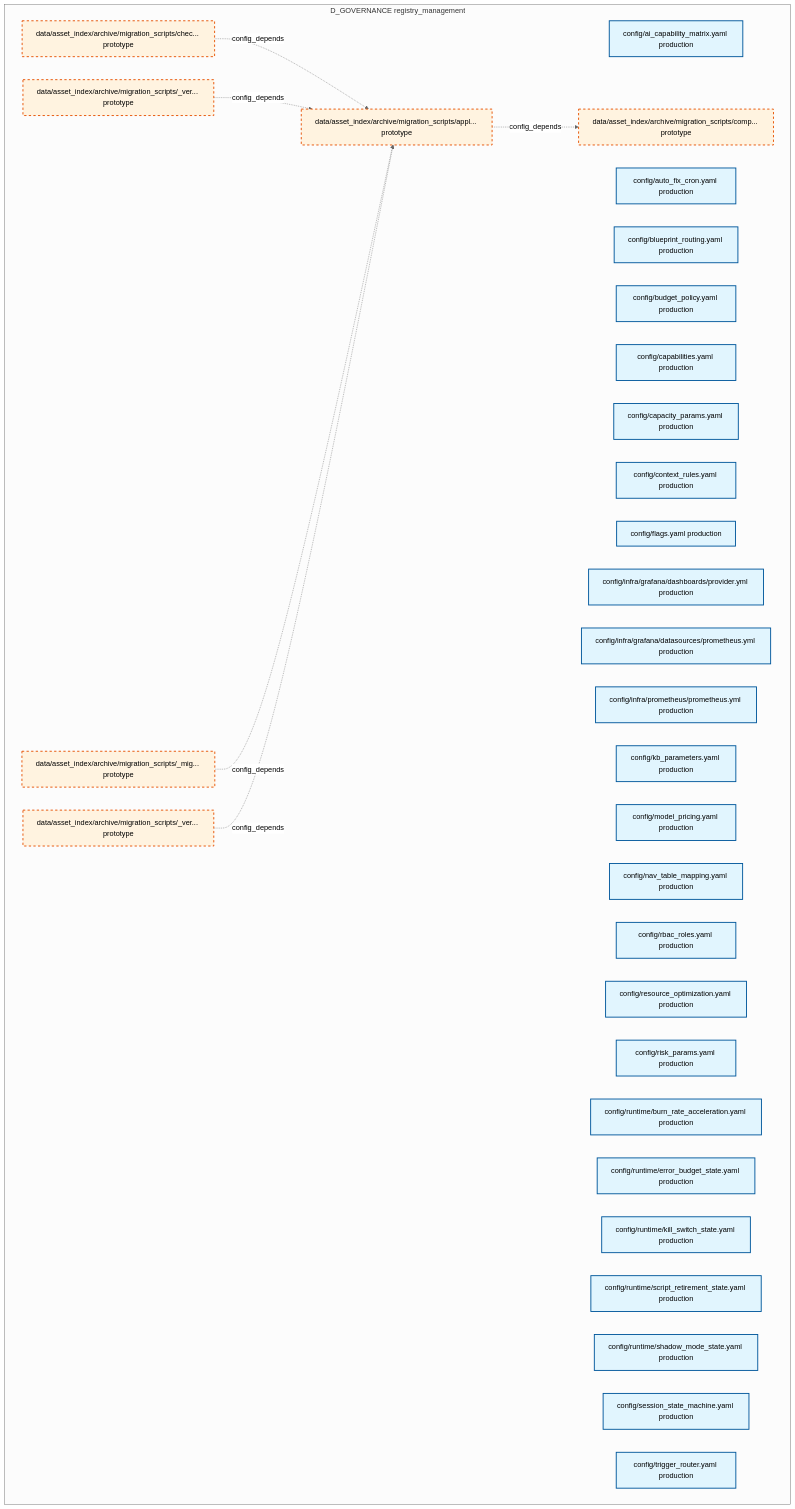
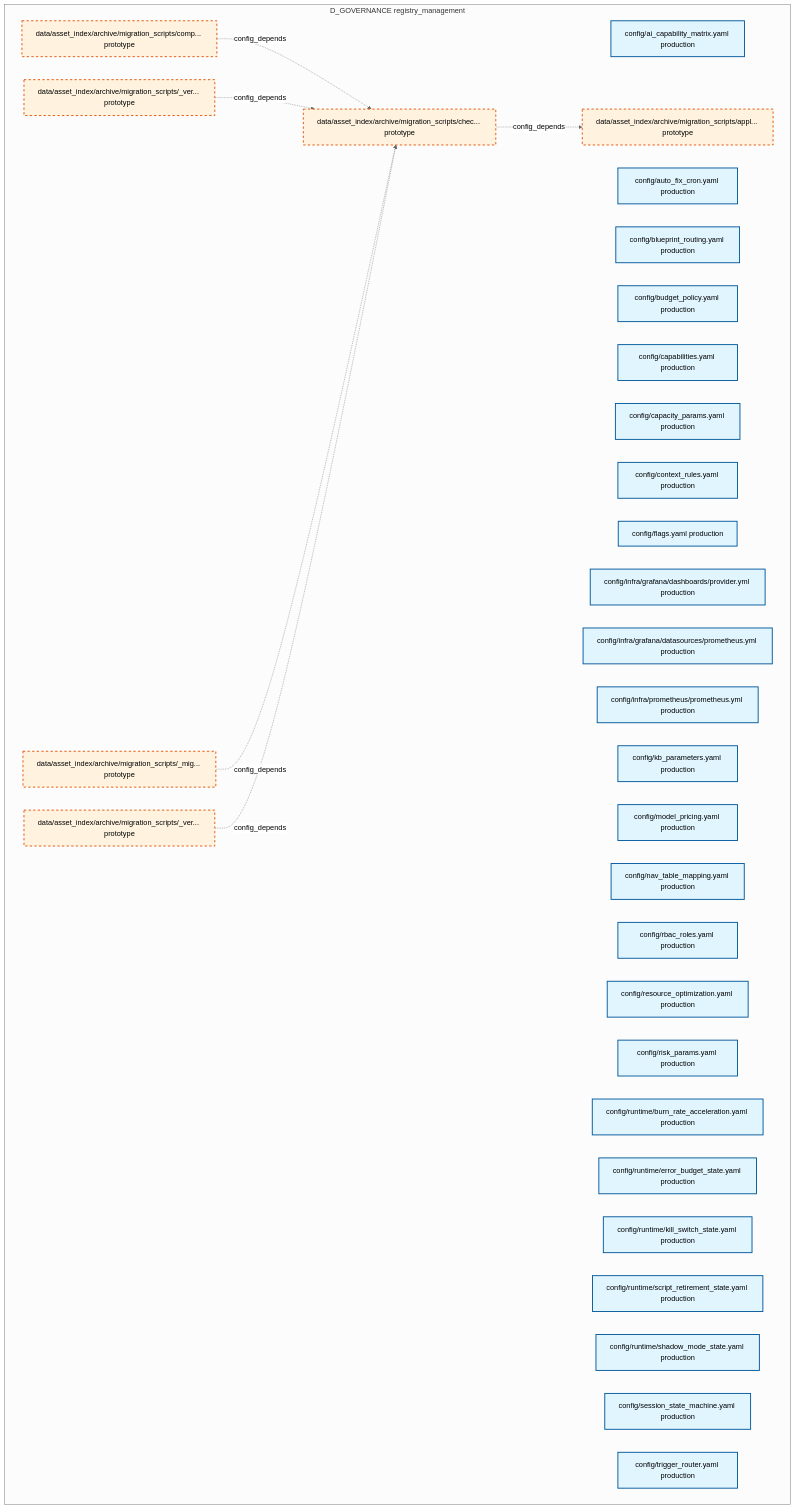
The first of 28 diagrams in docs/02_enterprise_architecture/02_domain_architecture_docs/31_d_governance.md (xuanFelixVan/ZephyrAlpha), drawn with Mermaid (neutral theme) before and after one commit. The commit also changed other lines of this file and 99 other files, not shown here.

````diff
--- a/docs/02_enterprise_architecture/02_domain_architecture_docs/31_d_governance.md
+++ b/docs/02_enterprise_architecture/02_domain_architecture_docs/31_d_governance.md
@@ -49,46 +49,46 @@
 ```mermaid
 graph TD
     subgraph D_GOVERNANCE["D_GOVERNANCE registry_management"]
         config_ai_capability_matrix_yaml["config/ai_capability_matrix.yaml production"]
         config_auto_fix_cron_yaml["config/auto_fix_cron.yaml production"]
         config_blueprint_routing_yaml["config/blueprint_routing.yaml production"]
         config_budget_policy_yaml["config/budget_policy.yaml production"]
         config_capabilities_yaml["config/capabilities.yaml production"]
         config_capacity_params_yaml["config/capacity_params.yaml production"]
         config_context_rules_yaml["config/context_rules.yaml production"]
         config_flags_yaml["config/flags.yaml production"]
         config_infra_grafana_dashboards_provider_yml["config/infra/grafana/dashboards/provider.yml production"]
         config_infra_grafana_datasources_prometheus_yml["config/infra/grafana/datasources/prometheus.yml production"]
         config_infra_prometheus_prometheus_yml["config/infra/prometheus/prometheus.yml production"]
         config_kb_parameters_yaml["config/kb_parameters.yaml production"]
         config_model_pricing_yaml["config/model_pricing.yaml production"]
         config_nav_table_mapping_yaml["config/nav_table_mapping.yaml production"]
         config_rbac_roles_yaml["config/rbac_roles.yaml production"]
         config_resource_optimization_yaml["config/resource_optimization.yaml production"]
         config_risk_params_yaml["config/risk_params.yaml production"]
         config_runtime_burn_rate_acceleration_yaml["config/runtime/burn_rate_acceleration.yaml production"]
         config_runtime_error_budget_state_yaml["config/runtime/error_budget_state.yaml production"]
         config_runtime_kill_switch_state_yaml["config/runtime/kill_switch_state.yaml production"]
         config_runtime_script_retirement_state_yaml["config/runtime/script_retirement_state.yaml production"]
         config_runtime_shadow_mode_state_yaml["config/runtime/shadow_mode_state.yaml production"]
         config_session_state_machine_yaml["config/session_state_machine.yaml production"]
         config_trigger_router_yaml["config/trigger_router.yaml production"]
         data_asset_index_archive_migration_scripts_migration_shared_py["data/asset_index/archive/migration_scripts/_mig... prototype"]
         data_asset_index_archive_migration_scripts_verify_manifest_py["data/asset_index/archive/migration_scripts/_ver... prototype"]
         data_asset_index_archive_migration_scripts_verify_step4_py["data/asset_index/archive/migration_scripts/_ver... prototype"]
         data_asset_index_archive_migration_scripts_apply_rulings_py["data/asset_index/archive/migration_scripts/appl... prototype"]
         data_asset_index_archive_migration_scripts_check_coverage_py["data/asset_index/archive/migration_scripts/chec... prototype"]
         data_asset_index_archive_migration_scripts_comprehensive_import_fix_py["data/asset_index/archive/migration_scripts/comp... prototype"]
     end
-    data_asset_index_archive_migration_scripts_apply_rulings_py -.->|config_depends| data_asset_index_archive_migration_scripts_comprehensive_import_fix_py
     data_asset_index_archive_migration_scripts_check_coverage_py -.->|config_depends| data_asset_index_archive_migration_scripts_apply_rulings_py
-    data_asset_index_archive_migration_scripts_verify_manifest_py -.->|config_depends| data_asset_index_archive_migration_scripts_apply_rulings_py
-    data_asset_index_archive_migration_scripts_migration_shared_py -.->|config_depends| data_asset_index_archive_migration_scripts_apply_rulings_py
-    data_asset_index_archive_migration_scripts_verify_step4_py -.->|config_depends| data_asset_index_archive_migration_scripts_apply_rulings_py
+    data_asset_index_archive_migration_scripts_comprehensive_import_fix_py -.->|config_depends| data_asset_index_archive_migration_scripts_check_coverage_py
+    data_asset_index_archive_migration_scripts_verify_manifest_py -.->|config_depends| data_asset_index_archive_migration_scripts_check_coverage_py
+    data_asset_index_archive_migration_scripts_migration_shared_py -.->|config_depends| data_asset_index_archive_migration_scripts_check_coverage_py
+    data_asset_index_archive_migration_scripts_verify_step4_py -.->|config_depends| data_asset_index_archive_migration_scripts_check_coverage_py
     classDef production fill:#e1f5fe,stroke:#01579b,stroke-width:2px,color:#000
     classDef design fill:#fff3e0,stroke:#e65100,stroke-width:2px,color:#000,stroke-dasharray: 5 5
     classDef external_prod fill:#e8f5e9,stroke:#1b5e20,stroke-width:1px,color:#000
     classDef external_design fill:#fce4ec,stroke:#880e4f,stroke-width:1px,color:#000,stroke-dasharray: 5 5
     class config_ai_capability_matrix_yaml,config_auto_fix_cron_yaml,config_blueprint_routing_yaml,config_budget_policy_yaml,config_capabilities_yaml,config_capacity_params_yaml,config_context_rules_yaml,config_flags_yaml,config_infra_grafana_dashboards_provider_yml,config_infra_grafana_datasources_prometheus_yml,config_infra_prometheus_prometheus_yml,config_kb_parameters_yaml,config_model_pricing_yaml,config_nav_table_mapping_yaml,config_rbac_roles_yaml,config_resource_optimization_yaml,config_risk_params_yaml,config_runtime_burn_rate_acceleration_yaml,config_runtime_error_budget_state_yaml,config_runtime_kill_switch_state_yaml,config_runtime_script_retirement_state_yaml,config_runtime_shadow_mode_state_yaml,config_session_state_machine_yaml,config_trigger_router_yaml production
     class data_asset_index_archive_migration_scripts_migration_shared_py,data_asset_index_archive_migration_scripts_verify_manifest_py,data_asset_index_archive_migration_scripts_verify_step4_py,data_asset_index_archive_migration_scripts_apply_rulings_py,data_asset_index_archive_migration_scripts_check_coverage_py,data_asset_index_archive_migration_scripts_comprehensive_import_fix_py design
 ```
````
